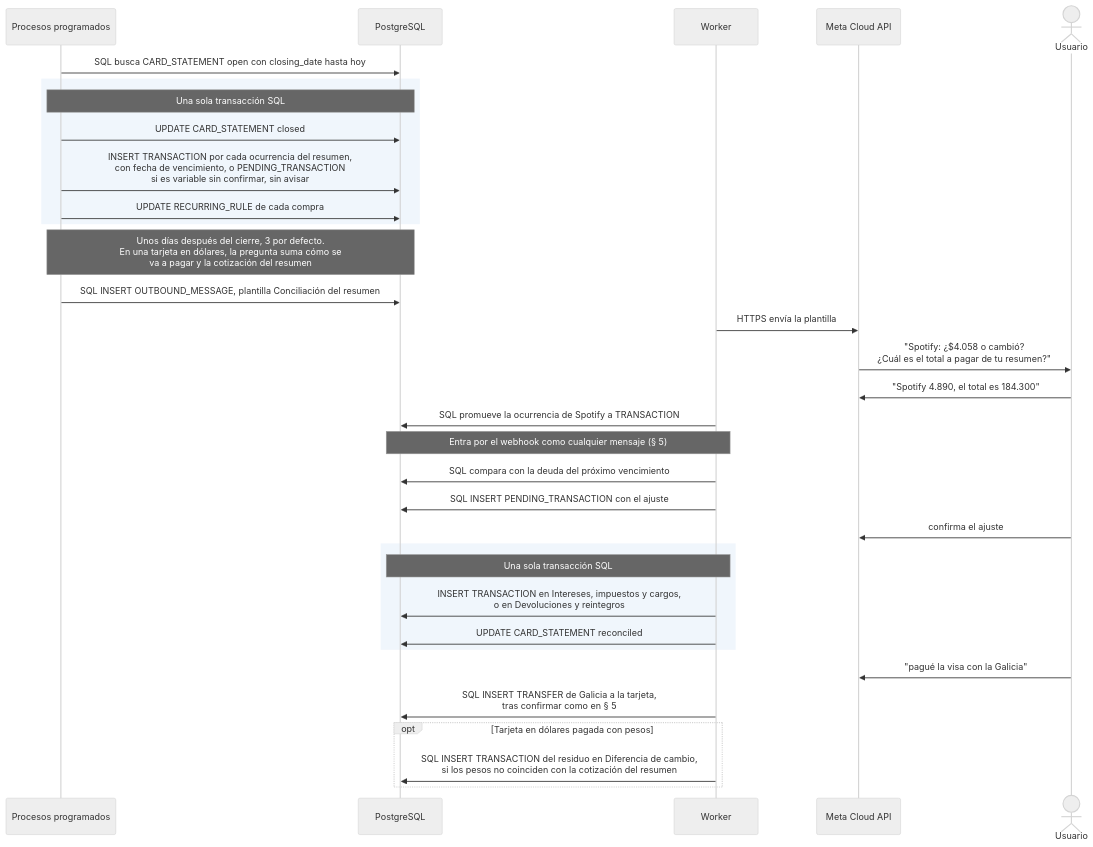
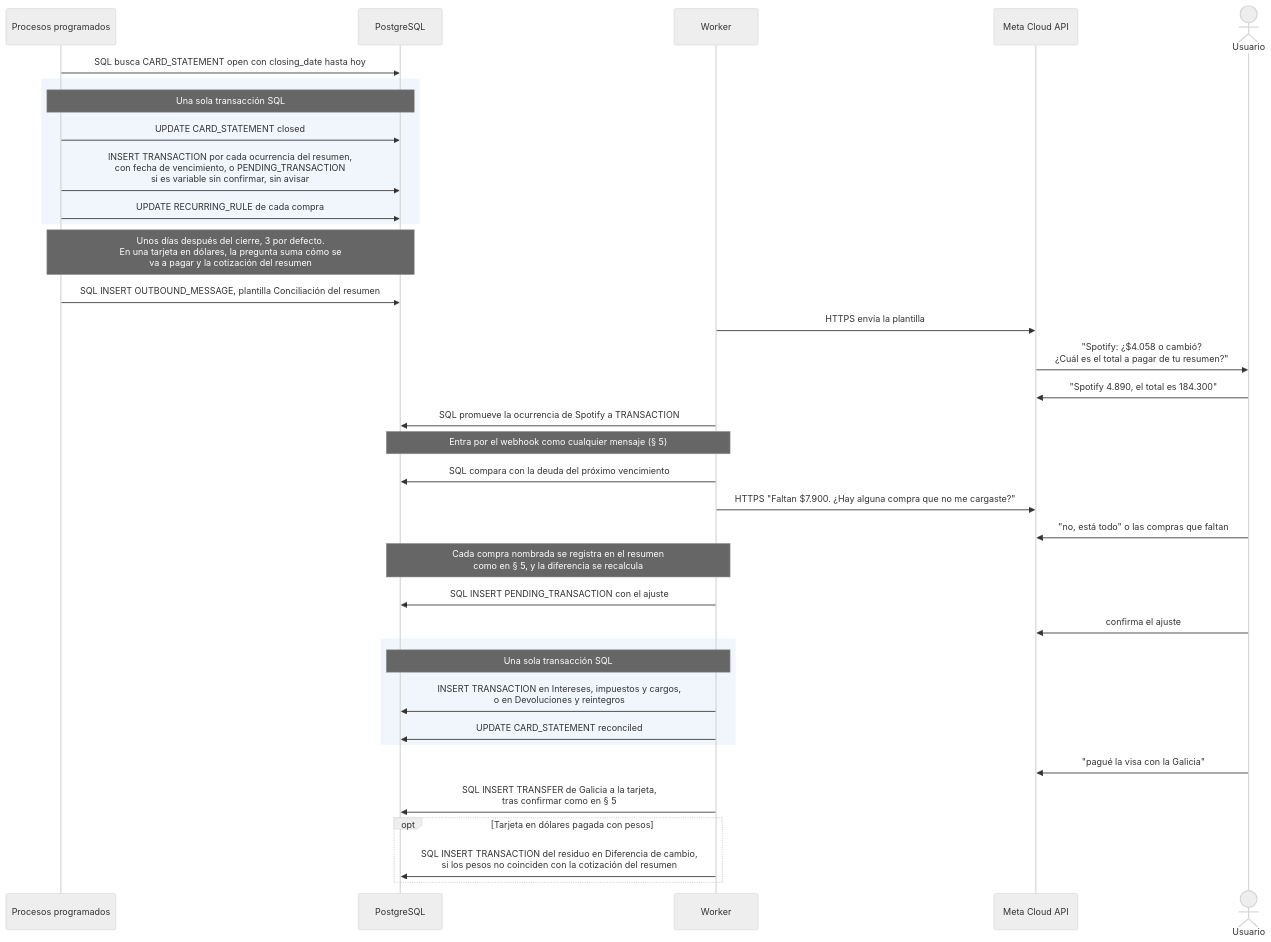
One commit to verozacarias-prog/AI4Devs-finalproject changed the sixth of 10 diagrams in docs/recorrido-completo.md. Above: the diagram before and after it, drawn with Mermaid (neutral theme). The commit also changed 4 other files, not shown here.

````diff
--- a/docs/recorrido-completo.md
+++ b/docs/recorrido-completo.md
@@ -263,36 +263,39 @@
 ```mermaid
 sequenceDiagram
     participant S as Procesos programados
     participant DB as PostgreSQL
     participant W as Worker
     participant M as Meta Cloud API
     actor U as Usuario
 
     S->>DB: SQL busca CARD_STATEMENT open con closing_date hasta hoy
     rect rgb(240, 246, 252)
         Note over S,DB: Una sola transacción SQL
         S->>DB: UPDATE CARD_STATEMENT closed
         S->>DB: INSERT TRANSACTION por cada ocurrencia del resumen,<br/>con fecha de vencimiento, o PENDING_TRANSACTION<br/>si es variable sin confirmar, sin avisar
         S->>DB: UPDATE RECURRING_RULE de cada compra
     end
     Note over S,DB: Unos días después del cierre, 3 por defecto.<br/>En una tarjeta en dólares, la pregunta suma cómo se<br/>va a pagar y la cotización del resumen
     S->>DB: SQL INSERT OUTBOUND_MESSAGE, plantilla Conciliación del resumen
     W->>M: HTTPS envía la plantilla
     M->>U: "Spotify: ¿$4.058 o cambió?<br/>¿Cuál es el total a pagar de tu resumen?"
     U->>M: "Spotify 4.890, el total es 184.300"
     W->>DB: SQL promueve la ocurrencia de Spotify a TRANSACTION
     Note over W,DB: Entra por el webhook como cualquier mensaje (§ 5)
     W->>DB: SQL compara con la deuda del próximo vencimiento
+    W->>M: HTTPS "Faltan $7.900. ¿Hay alguna compra que no me cargaste?"
+    U->>M: "no, está todo" o las compras que faltan
+    Note over W,DB: Cada compra nombrada se registra en el resumen<br/>como en § 5, y la diferencia se recalcula
     W->>DB: SQL INSERT PENDING_TRANSACTION con el ajuste
     U->>M: confirma el ajuste
     rect rgb(240, 246, 252)
         Note over W,DB: Una sola transacción SQL
         W->>DB: INSERT TRANSACTION en Intereses, impuestos y cargos,<br/>o en Devoluciones y reintegros
         W->>DB: UPDATE CARD_STATEMENT reconciled
     end
     U->>M: "pagué la visa con la Galicia"
     W->>DB: SQL INSERT TRANSFER de Galicia a la tarjeta,<br/>tras confirmar como en § 5
     opt Tarjeta en dólares pagada con pesos
         W->>DB: SQL INSERT TRANSACTION del residuo en Diferencia de cambio,<br/>si los pesos no coinciden con la cotización del resumen
     end
 ```
````
